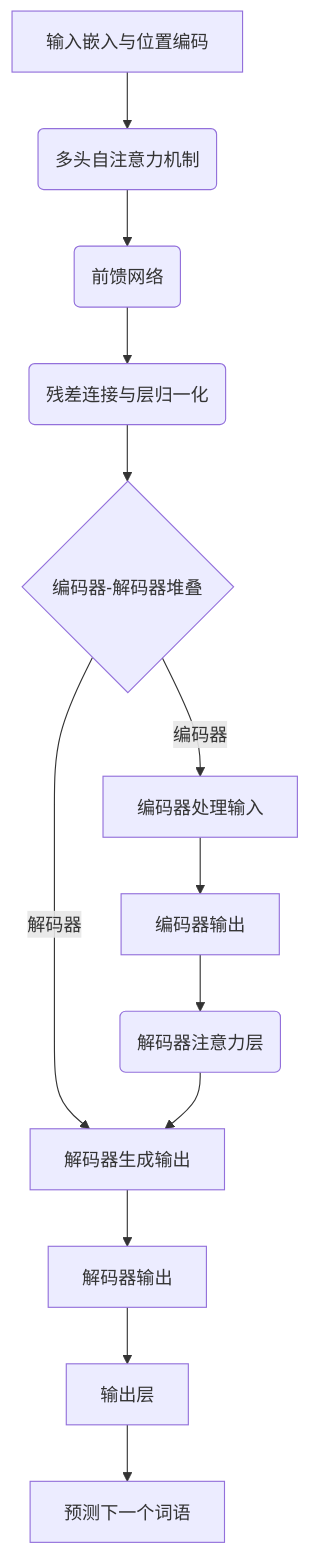
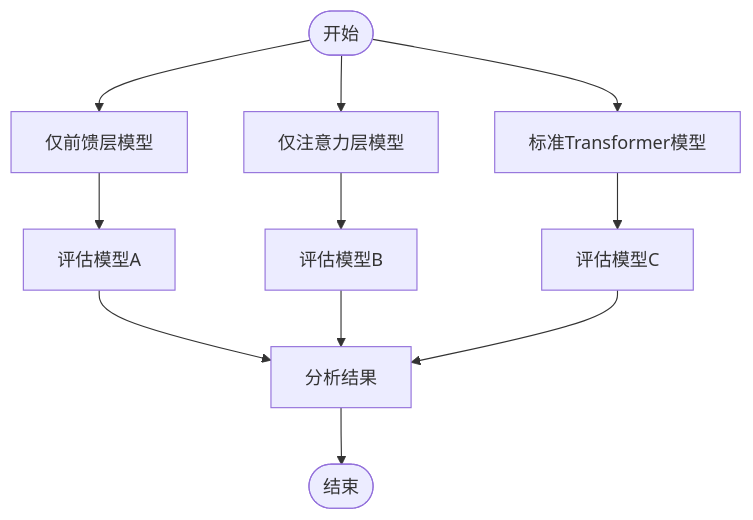
The diagram in papercoder/output/Attention Is All You Need_review.md (hhc2002/papercoder), drawn with Mermaid before and after one commit. The commit also changed other lines of this file and 8 other files, not shown here.

````diff
--- a/papercoder/output/Attention Is All You Need_review.md
+++ b/papercoder/output/Attention Is All You Need_review.md
@@ -67,15 +100,22 @@
 ```mermaid
 flowchart TD
-    A[输入嵌入与位置编码] --> B(多头自注意力机制)
-    B --> C(前馈网络)
-    C --> D(残差连接与层归一化)
-    D --> E{编码器-解码器堆叠}
-    E -- 编码器 --> F[编码器处理输入]
-    E -- 解码器 --> G[解码器生成输出]
-    F --> H[编码器输出]
-    G --> I[解码器输出]
-    H --> J(解码器注意力层)
-    J --> G
-    I --> K[输出层]
-    K --> L[预测下一个词语]
+    A["仅前馈层模型"]
+    B["仅注意力层模型"]
+    C["标准Transformer模型"]
+    D["评估模型A"]
+    E["评估模型B"]
+    F["评估模型C"]
+    G["分析结果"]
+    H(["开始"])
+    I(["结束"])
+    H --> A
+    H --> B
+    H --> C
+    A --> D
+    B --> E
+    C --> F
+    D --> G
+    E --> G
+    F --> G
+    G --> I
 ```
````
